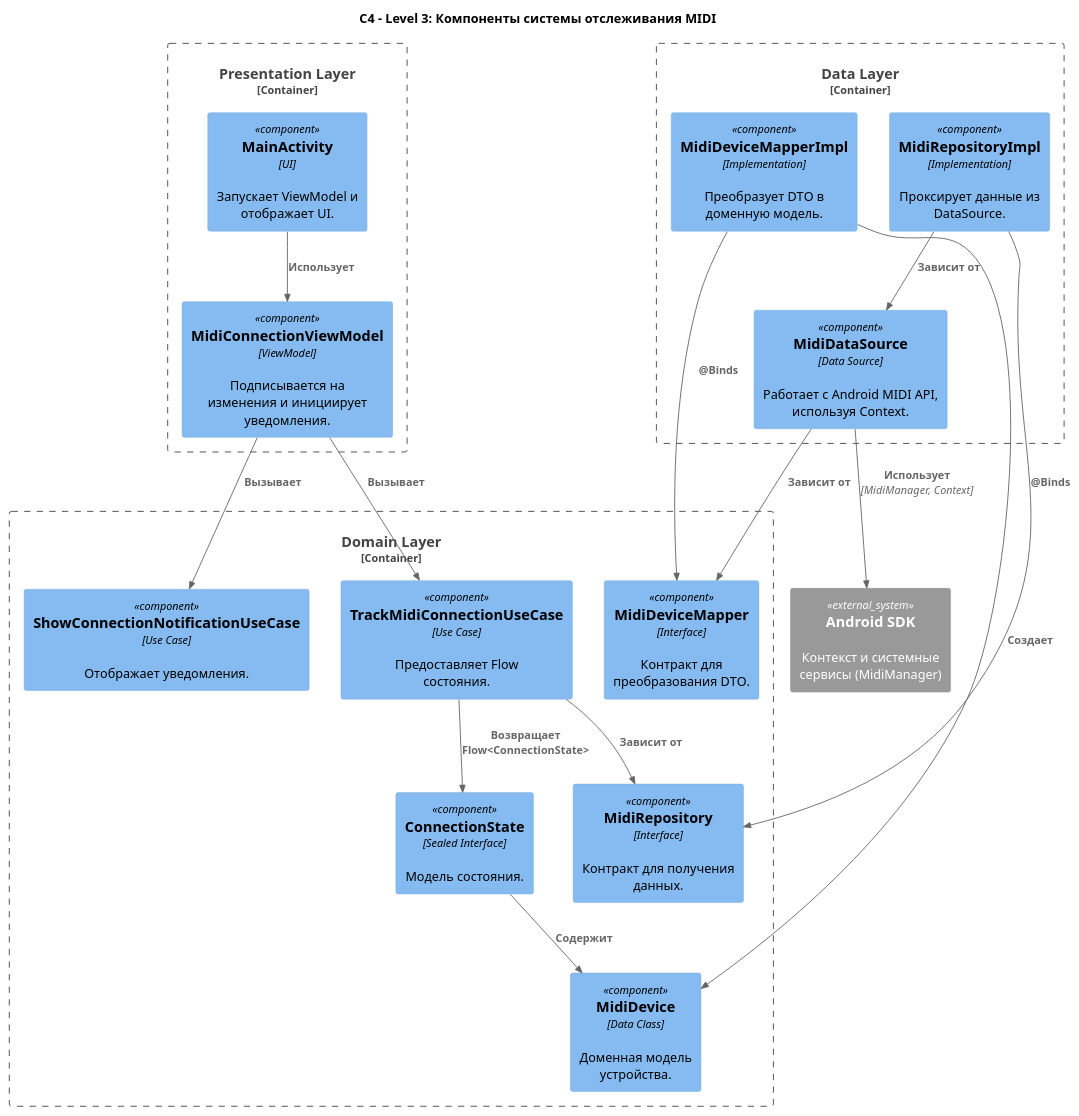
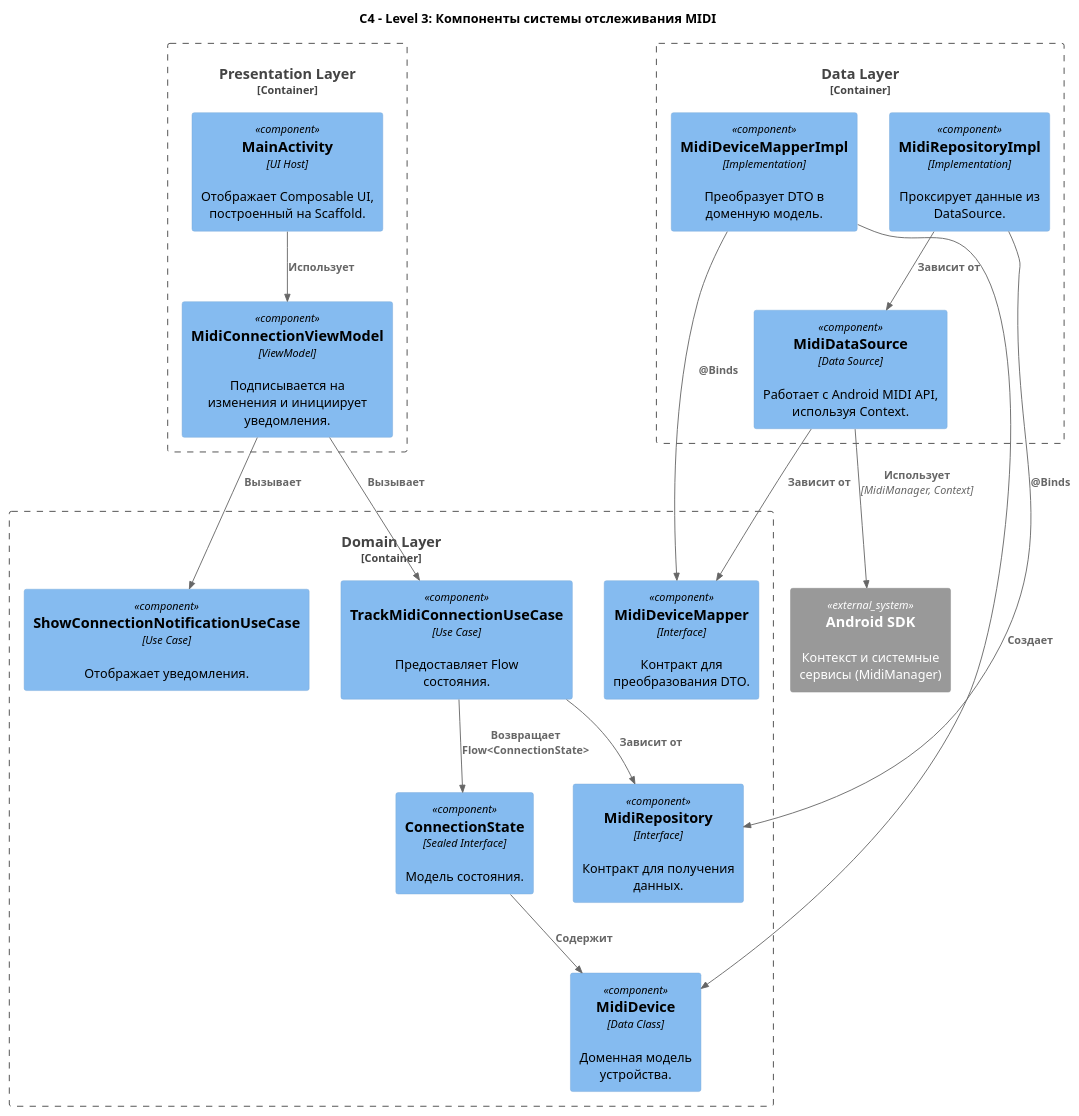
One commit to astrizhachuk/PianoFlow changed the first of 3 diagrams in docs/ts/MIDI_CONNECTION.md. Above: the diagram before and after it, drawn with PlantUML. The commit also changed other lines of this file and 2 other files, not shown here.

````diff
--- a/docs/ts/MIDI_CONNECTION.md
+++ b/docs/ts/MIDI_CONNECTION.md
@@ -35,45 +35,45 @@
 ```plantuml
 @startuml
 !include https://raw.githubusercontent.com/plantuml-stdlib/C4-PlantUML/master/C4_Component.puml
 
 title C4 - Level 3: Компоненты системы отслеживания MIDI
 
 System_Ext(android_sdk, "Android SDK", "Контекст и системные сервисы (MidiManager)")
 
 Container_Boundary(presentation, "Presentation Layer") {
     Component(vm, "MidiConnectionViewModel", "ViewModel", "Подписывается на изменения и инициирует уведомления.")
-    Component(activity, "MainActivity", "UI", "Запускает ViewModel и отображает UI.")
+    Component(activity, "MainActivity", "UI Host", "Отображает Composable UI, построенный на Scaffold.")
 }
 
 Container_Boundary(domain, "Domain Layer") {
     Component(track_uc, "TrackMidiConnectionUseCase", "Use Case", "Предоставляет Flow состояния.")
     Component(notify_uc, "ShowConnectionNotificationUseCase", "Use Case", "Отображает уведомления.")
     Component(repo, "MidiRepository", "Interface", "Контракт для получения данных.")
     Component(mapper, "MidiDeviceMapper", "Interface", "Контракт для преобразования DTO.")
     Component(state, "ConnectionState", "Sealed Interface", "Модель состояния.")
     Component(device, "MidiDevice", "Data Class", "Доменная модель устройства.")
 }
 
 Container_Boundary(data, "Data Layer") {
     Component(repo_impl, "MidiRepositoryImpl", "Implementation", "Проксирует данные из DataSource.")
     Component(ds, "MidiDataSource", "Data Source", "Работает с Android MIDI API, используя Context.")
     Component(mapper_impl, "MidiDeviceMapperImpl", "Implementation", "Преобразует DTO в доменную модель.")
 }
 
 ' Связи
 Rel(activity, vm, "Использует")
 Rel(vm, track_uc, "Вызывает")
 Rel(vm, notify_uc, "Вызывает")
 Rel(track_uc, repo, "Зависит от")
 Rel(repo_impl, repo, "@Binds")
 Rel(repo_impl, ds, "Зависит от")
 Rel(ds, mapper, "Зависит от")
 Rel(ds, android_sdk, "Использует", "MidiManager, Context")
 Rel(mapper_impl, mapper, "@Binds")
 Rel(track_uc, state, "Возвращает Flow<ConnectionState>")
 
 Rel(state, device, "Содержит")
 Rel(mapper_impl, device, "Создает")
 
 @enduml
 ```
````
